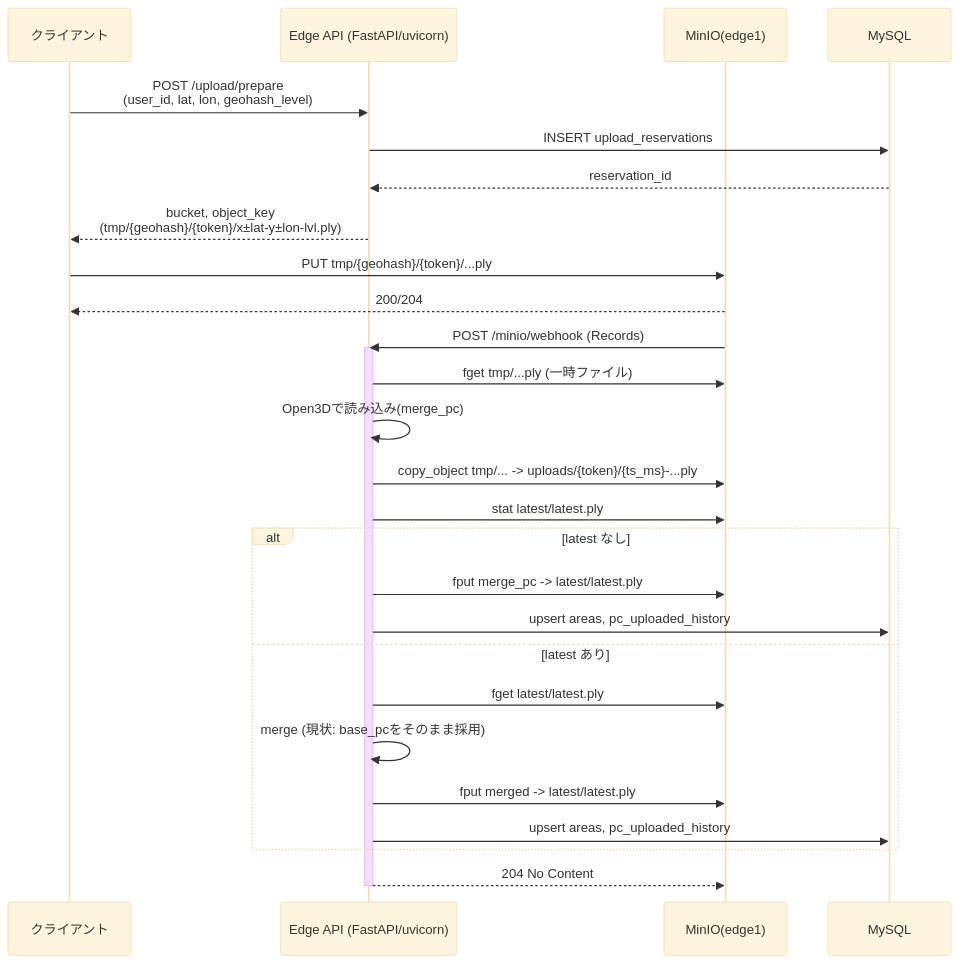
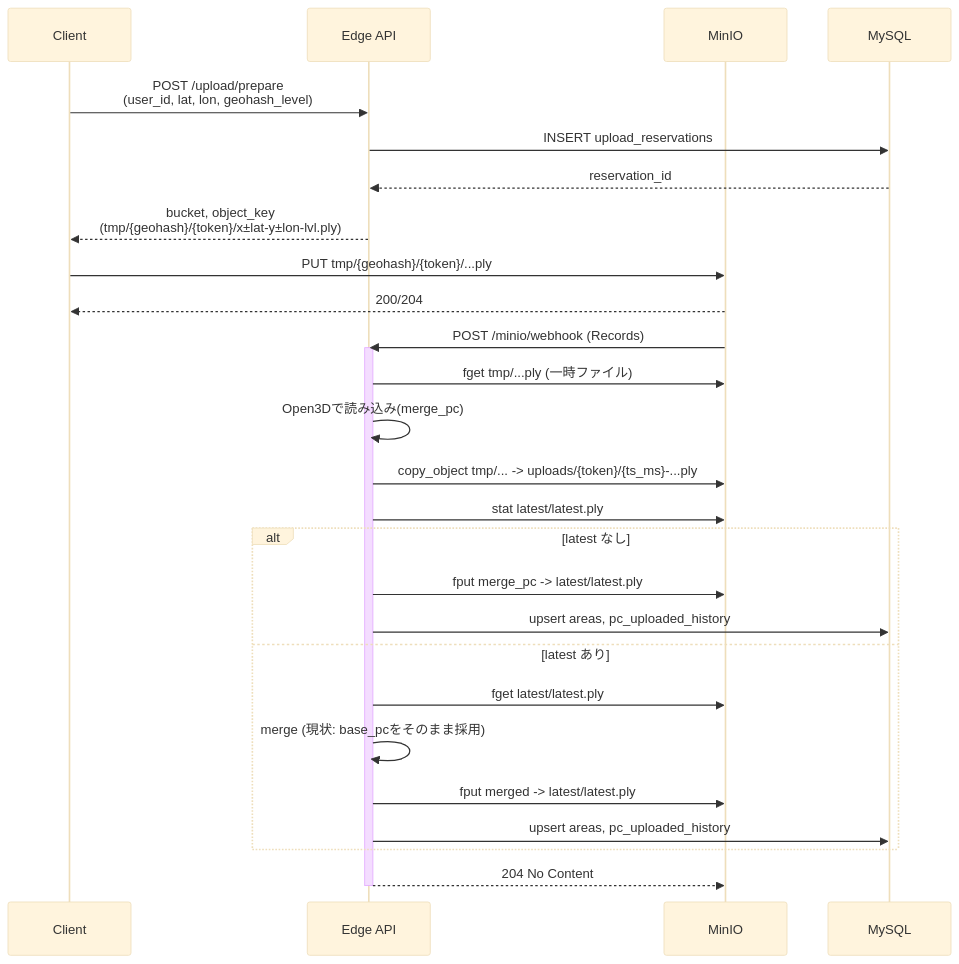
One commit to yoyo1025/laboratory changed the diagram in poc1/docs/upload-flow.md. Above: the diagram before and after it, drawn with Mermaid (base theme).

Commit message:
fix: 要素名修正

````diff
--- a/poc1/docs/upload-flow.md
+++ b/poc1/docs/upload-flow.md
@@ -1,41 +1,41 @@
 ```mermaid
 sequenceDiagram
-    participant クライアント
-    participant EdgeAPI as Edge API (FastAPI/uvicorn)
-    participant MinIO as MinIO(edge1)
+    participant Client
+    participant EdgeAPI as Edge API
+    participant MinIO as MinIO
     participant DB as MySQL
 
     %% アップロード予約
-    クライアント->>EdgeAPI: POST /upload/prepare<br/>(user_id, lat, lon, geohash_level)
+    Client->>EdgeAPI: POST /upload/prepare<br/>(user_id, lat, lon, geohash_level)
     EdgeAPI->>DB: INSERT upload_reservations
     DB-->>EdgeAPI: reservation_id
-    EdgeAPI-->>クライアント: bucket, object_key<br/>(tmp/{geohash}/{token}/x±lat-y±lon-lvl.ply)
+    EdgeAPI-->>Client: bucket, object_key<br/>(tmp/{geohash}/{token}/x±lat-y±lon-lvl.ply)
 
     %% 点群アップロード
-    クライアント->>MinIO: PUT tmp/{geohash}/{token}/...ply
-    MinIO-->>クライアント: 200/204
+    Client->>MinIO: PUT tmp/{geohash}/{token}/...ply
+    MinIO-->>Client: 200/204
 
     %% Webhook 通知
     MinIO->>EdgeAPI: POST /minio/webhook (Records)
 
     activate EdgeAPI
     EdgeAPI->>MinIO: fget tmp/...ply (一時ファイル)
     EdgeAPI->>EdgeAPI: Open3Dで読み込み(merge_pc)
 
     %% 履歴保存
     EdgeAPI->>MinIO: copy_object tmp/... -> uploads/{token}/{ts_ms}-...ply
 
     %% latest 更新
     EdgeAPI->>MinIO: stat latest/latest.ply
     alt latest なし
         EdgeAPI->>MinIO: fput merge_pc -> latest/latest.ply
         EdgeAPI->>DB: upsert areas, pc_uploaded_history
     else latest あり
         EdgeAPI->>MinIO: fget latest/latest.ply
         EdgeAPI->>EdgeAPI: merge (現状: base_pcをそのまま採用)
         EdgeAPI->>MinIO: fput merged -> latest/latest.ply
         EdgeAPI->>DB: upsert areas, pc_uploaded_history
     end
     EdgeAPI-->>MinIO: 204 No Content
     deactivate EdgeAPI
 ```
````
